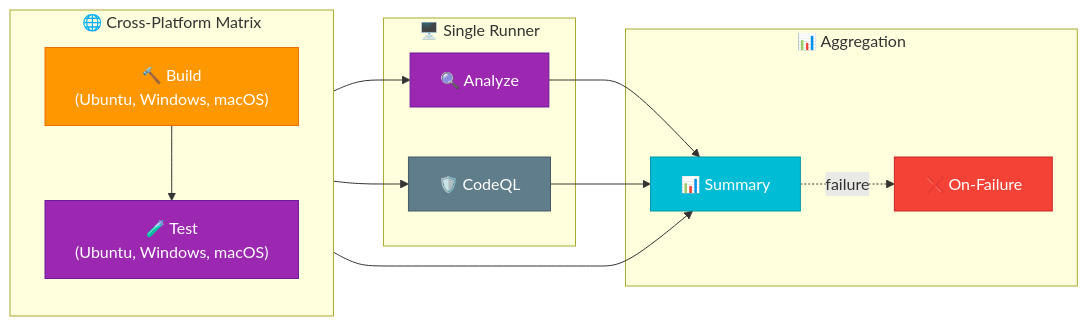
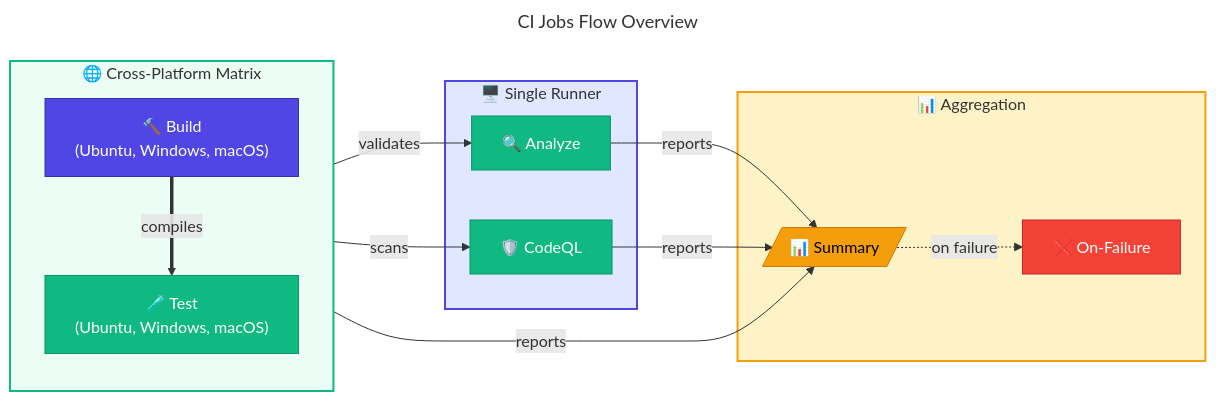
One commit to Evilazaro/Azure-LogicApps-Monitoring changed the second of 2 diagrams in docs/devops/ci-dotnet.md. Above: the diagram before and after it, drawn with Mermaid. The commit also changed other lines of this file, not shown here.

Commit message:
refactor: Improve CI pipeline diagrams with enhanced clarity, structure, and styling

````diff
--- a/docs/devops/ci-dotnet.md
+++ b/docs/devops/ci-dotnet.md
@@ -199,39 +214,52 @@
 ```mermaid
+---
+title: CI Jobs Flow Overview
+---
 flowchart LR
+    %% ===== CROSS-PLATFORM MATRIX =====
     subgraph CrossPlatform["🌐 Cross-Platform Matrix"]
         direction TB
         BUILD["🔨 Build<br/>(Ubuntu, Windows, macOS)"]
         TEST["🧪 Test<br/>(Ubuntu, Windows, macOS)"]
     end
 
+    %% ===== SINGLE RUNNER JOBS =====
     subgraph SingleRunner["🖥️ Single Runner"]
         ANALYZE["🔍 Analyze"]
         CODEQL["🛡️ CodeQL"]
     end
 
+    %% ===== FINAL AGGREGATION =====
     subgraph Final["📊 Aggregation"]
-        SUMMARY["📊 Summary"]
+        SUMMARY[/"📊 Summary"/]
         FAILURE["❌ On-Failure"]
     end
 
-    BUILD --> TEST
-    BUILD --> ANALYZE
-    BUILD --> CODEQL
-    TEST --> SUMMARY
-    ANALYZE --> SUMMARY
-    CODEQL --> SUMMARY
-    SUMMARY -.->|failure| FAILURE
+    %% ===== JOB FLOW =====
+    BUILD ==>|compiles| TEST
+    BUILD -->|validates| ANALYZE
+    BUILD -->|scans| CODEQL
+    TEST -->|reports| SUMMARY
+    ANALYZE -->|reports| SUMMARY
+    CODEQL -->|reports| SUMMARY
+    SUMMARY -.->|on failure| FAILURE
 
-    classDef build fill:#FF9800,stroke:#EF6C00,color:#fff
-    classDef test fill:#9C27B0,stroke:#6A1B9A,color:#fff
-    classDef security fill:#607D8B,stroke:#455A64,color:#fff
-    classDef summary fill:#00BCD4,stroke:#0097A7,color:#fff
-    classDef failure fill:#F44336,stroke:#C62828,color:#fff
+    %% ===== NODE STYLING =====
+    classDef primary fill:#4F46E5,stroke:#3730A3,color:#FFFFFF
+    classDef secondary fill:#10B981,stroke:#059669,color:#FFFFFF
+    classDef datastore fill:#F59E0B,stroke:#D97706,color:#000000
+    classDef failed fill:#F44336,stroke:#C62828,color:#FFFFFF
 
-    class BUILD build
-    class TEST test
-    class ANALYZE test
-    class CODEQL security
-    class SUMMARY summary
-    class FAILURE failure
+    %% ===== APPLY NODE CLASSES =====
+    class BUILD primary
+    class TEST secondary
+    class ANALYZE secondary
+    class CODEQL secondary
+    class SUMMARY datastore
+    class FAILURE failed
+
+    %% ===== SUBGRAPH STYLING =====
+    style CrossPlatform fill:#ECFDF5,stroke:#10B981,stroke-width:2px
+    style SingleRunner fill:#E0E7FF,stroke:#4F46E5,stroke-width:2px
+    style Final fill:#FEF3C7,stroke:#F59E0B,stroke-width:2px
 ```
````
